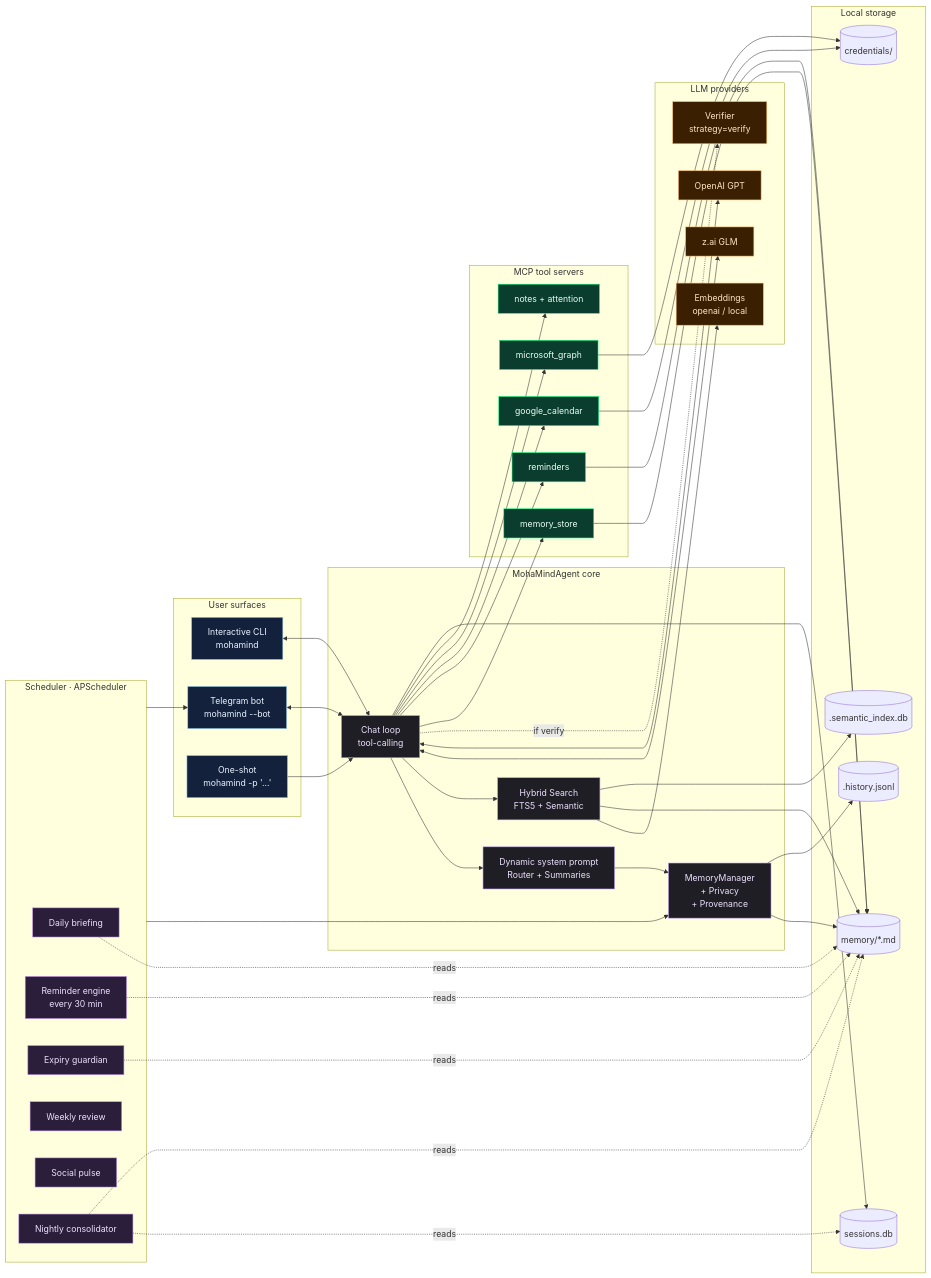
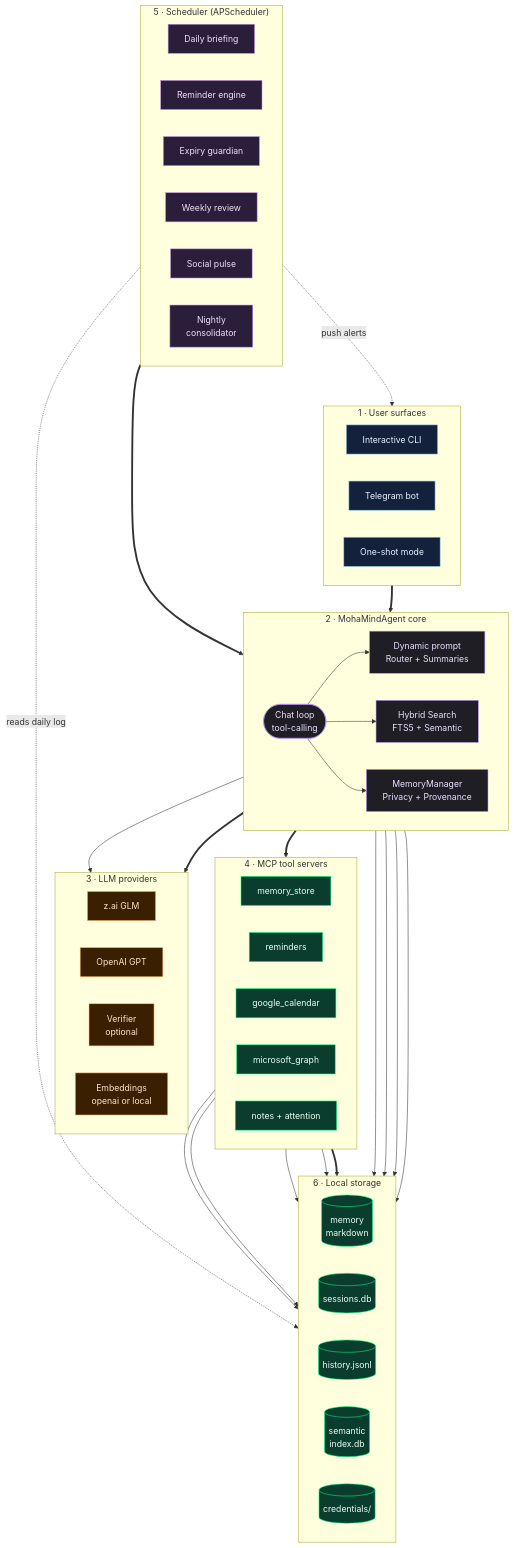
The third of 3 diagrams in README.md (MohamedMohana/MohaMind), drawn with Mermaid before and after one commit. The commit also changed other lines of this file, not shown here.

Commit message:
Memory Update1

````diff
--- a/README.md
+++ b/README.md
@@ -763,87 +793,81 @@
 ```mermaid
-flowchart LR
-    classDef surf fill:#14213d,stroke:#8ecae6,color:#E8F3FF;
-    classDef core fill:#1e1e24,stroke:#B794F6,color:#ECE0FF;
-    classDef mcp  fill:#0b3d2e,stroke:#00FF87,color:#E8FFF4;
-    classDef ext  fill:#3a1f00,stroke:#FFB86B,color:#FFE4C7;
-    classDef sch  fill:#2a1e3a,stroke:#C792EA,color:#EEE0FF;
+flowchart TB
+    classDef surf fill:#14213d,stroke:#8ecae6,color:#E8F3FF,stroke-width:1px;
+    classDef core fill:#1e1e24,stroke:#B794F6,color:#ECE0FF,stroke-width:1px;
+    classDef mcp  fill:#0b3d2e,stroke:#00FF87,color:#E8FFF4,stroke-width:1px;
+    classDef ext  fill:#3a1f00,stroke:#FFB86B,color:#FFE4C7,stroke-width:1px;
+    classDef sch  fill:#2a1e3a,stroke:#C792EA,color:#EEE0FF,stroke-width:1px;
 
-    subgraph SURF[User surfaces]
-        CLI[Interactive CLI<br/>mohamind]:::surf
-        TGS[Telegram bot<br/>mohamind --bot]:::surf
-        ONE[One-shot<br/>mohamind -p '...']:::surf
+    subgraph SURF["1 · User surfaces"]
+        direction LR
+        CLI["Interactive CLI"]:::surf
+        TGS["Telegram bot"]:::surf
+        ONE["One-shot mode"]:::surf
     end
 
-    subgraph AGENT[MohaMindAgent core]
-        LOOP[Chat loop<br/>tool-calling]:::core
-        PROMPT[Dynamic system prompt<br/>Router + Summaries]:::core
-        MEM[MemoryManager<br/>+ Privacy<br/>+ Provenance]:::core
-        SEARCH[Hybrid Search<br/>FTS5 + Semantic]:::core
+    subgraph AGENT["2 · MohaMindAgent core"]
+        direction LR
+        LOOP(["Chat loop<br>tool-calling"]):::core
+        PROMPT["Dynamic prompt<br>Router + Summaries"]:::core
+        SEARCH["Hybrid Search<br>FTS5 + Semantic"]:::core
+        MEM["MemoryManager<br>Privacy + Provenance"]:::core
+        LOOP --> PROMPT
+        LOOP --> SEARCH
+        LOOP --> MEM
     end
 
-    subgraph BRAINS[LLM providers]
-        ZAI[z.ai GLM]:::ext
-        OAI[OpenAI GPT]:::ext
-        VER[Verifier<br/>strategy=verify]:::ext
-        EMB[Embeddings<br/>openai / local]:::ext
+    subgraph BRAINS["3 · LLM providers"]
+        direction LR
+        ZAI["z.ai GLM"]:::ext
+        OAI["OpenAI GPT"]:::ext
+        VER["Verifier<br>optional"]:::ext
+        EMB["Embeddings<br>openai or local"]:::ext
     end
 
-    subgraph MCP[MCP tool servers]
-        MMS[memory_store]:::mcp
-        REM[reminders]:::mcp
-        GCAL[google_calendar]:::mcp
-        MSG[microsoft_graph]:::mcp
-        NOTE[notes + attention]:::mcp
+    subgraph MCPG["4 · MCP tool servers"]
+        direction LR
+        MMS["memory_store"]:::mcp
+        REM["reminders"]:::mcp
+        GCAL["google_calendar"]:::mcp
+        MSFT["microsoft_graph"]:::mcp
+        NOTE["notes + attention"]:::mcp
     end
 
-    subgraph SCHED[Scheduler · APScheduler]
-        BR[Daily briefing]:::sch
-        RE[Reminder engine<br/>every 30 min]:::sch
-        EX[Expiry guardian]:::sch
-        WR[Weekly review]:::sch
-        SP[Social pulse]:::sch
-        CON[Nightly consolidator]:::sch
+    subgraph SCHED["5 · Scheduler (APScheduler)"]
+        direction LR
+        BR["Daily briefing"]:::sch
+        RE["Reminder engine"]:::sch
+        EX["Expiry guardian"]:::sch
+        WR["Weekly review"]:::sch
+        SP["Social pulse"]:::sch
+        CON["Nightly<br>consolidator"]:::sch
     end
 
-    subgraph STORE[Local storage]
-        MD[(memory/*.md)]
-        DB[(sessions.db)]
-        HIST[(.history.jsonl)]
-        SEMIDX[(.semantic_index.db)]
-        CREDS[(credentials/)]
+    subgraph STORE["6 · Local storage"]
+        direction LR
+        MD[("memory<br>markdown")]:::mcp
+        DB[("sessions.db")]:::mcp
+        HIST[("history.jsonl")]:::mcp
+        SEMIDX[("semantic<br>index.db")]:::mcp
+        CREDS[("credentials/")]:::mcp
     end
 
-    CLI <--> LOOP
-    TGS <--> LOOP
-    ONE --> LOOP
-    LOOP --> PROMPT
-    PROMPT --> MEM
-    LOOP --> SEARCH
-    LOOP <--> ZAI
-    LOOP <--> OAI
-    LOOP -.if verify.-> VER
+    SURF ==> AGENT
+    AGENT ==> BRAINS
+    AGENT ==> MCPG
+    MCPG ==> STORE
+    SCHED ==> AGENT
+
     SEARCH --> EMB
-    LOOP --> MMS
-    LOOP --> REM
-    LOOP --> GCAL
-    LOOP --> MSG
-    LOOP --> NOTE
     MEM --> MD
     MEM --> HIST
+    SEARCH --> SEMIDX
     MMS --> MD
-    SEARCH --> MD
-    SEARCH --> SEMIDX
     GCAL --> CREDS
-    MSG --> CREDS
+    MSFT --> CREDS
     REM --> MD
+    LOOP --> DB
 
-    SCHED --> MEM
-    SCHED --> TGS
-    CON -.reads.-> DB
-    CON -.reads.-> MD
-    BR -.reads.-> MD
-    RE -.reads.-> MD
-    EX -.reads.-> MD
-
-    LOOP --> DB
+    SCHED -. "push alerts" .-> TGS
+    CON -. "reads daily log" .-> DB
 ```
````
